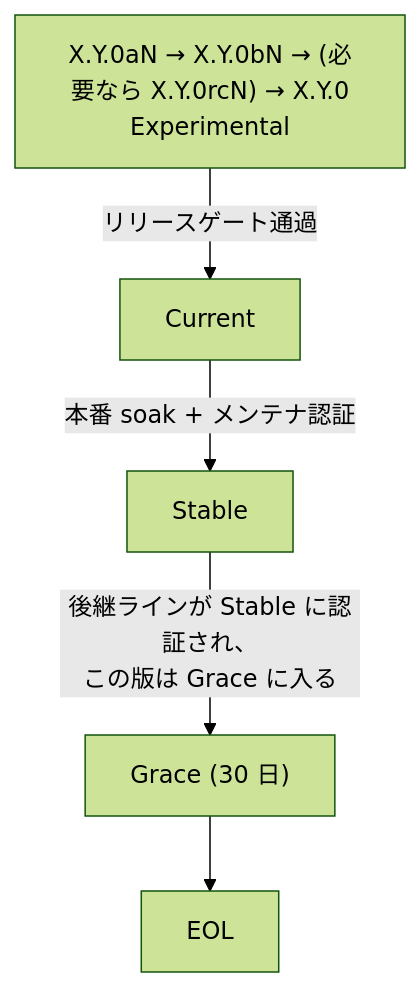
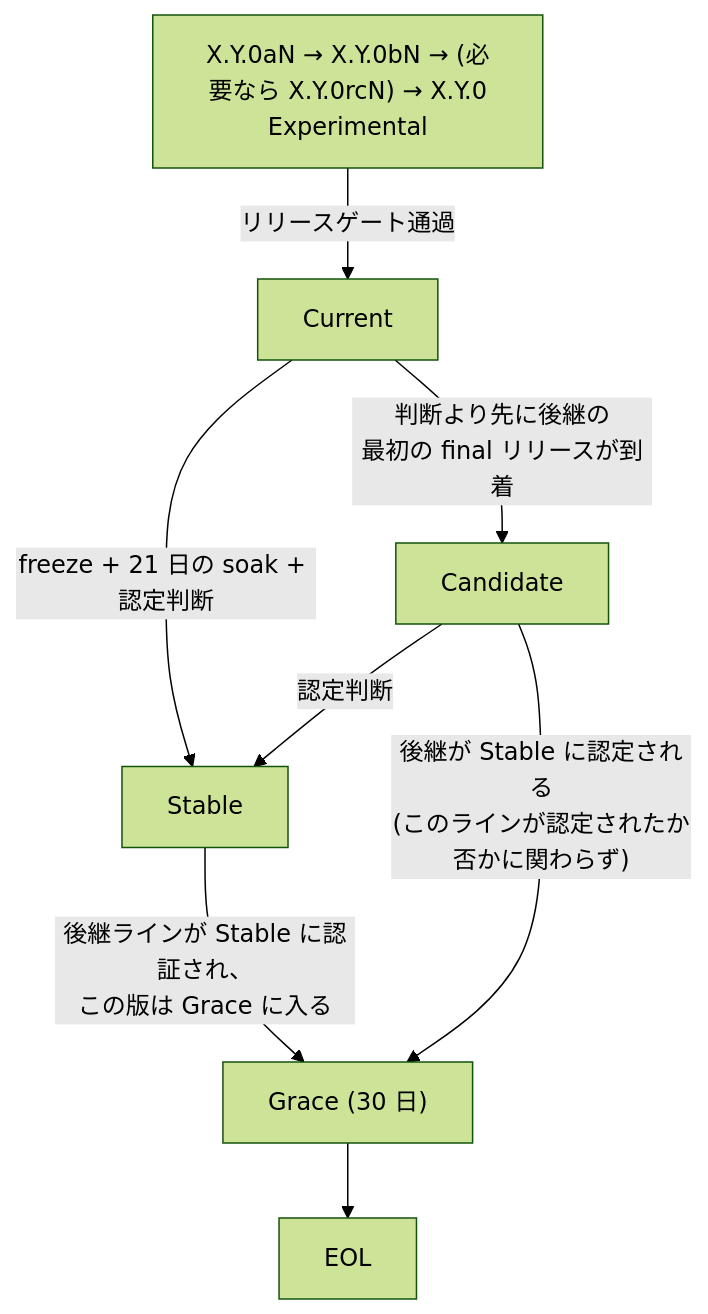
Before and after one commit to Cloto-dev/CPersona: the diagram in docs/RELEASE_LIFECYCLE_STANDARD.ja.md, drawn with Mermaid (forest theme). The commit also changed other lines of this file and 2 other files, not shown here.

First line of the commit message:
Release Lifecycle Standard v1.4: bound the soak, decouple lines (#201)

````diff
--- a/docs/RELEASE_LIFECYCLE_STANDARD.ja.md
+++ b/docs/RELEASE_LIFECYCLE_STANDARD.ja.md
@@ -49,12 +50,16 @@
 ```mermaid
 flowchart TB
     pre["X.Y.0aN → X.Y.0bN → (必要なら X.Y.0rcN) → X.Y.0<br>Experimental"]
     cur["Current"]
     sta["Stable"]
     gra["Grace (30 日)"]
     eol["EOL"]
+    cand["Candidate"]
     pre -- "リリースゲート通過" --> cur
-    cur -- "本番 soak + メンテナ認証" --> sta
+    cur -- "freeze + 21 日の soak + 認定判断" --> sta
+    cur -- "判断より先に後継の<br>最初の final リリースが到着" --> cand
+    cand -- "認定判断" --> sta
+    cand -- "後継が Stable に認定される<br>(このラインが認定されたか否かに関わらず)" --> gra
     sta -- "後継ラインが Stable に認証され、<br>この版は Grace に入る" --> gra
     gra --> eol
 ```
````
